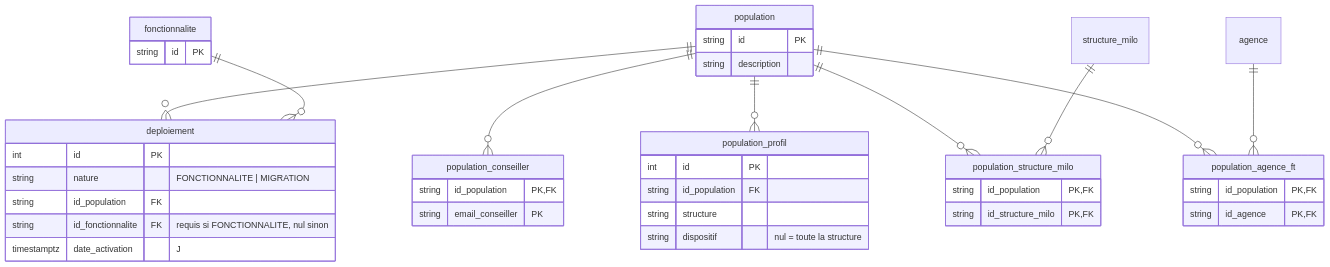
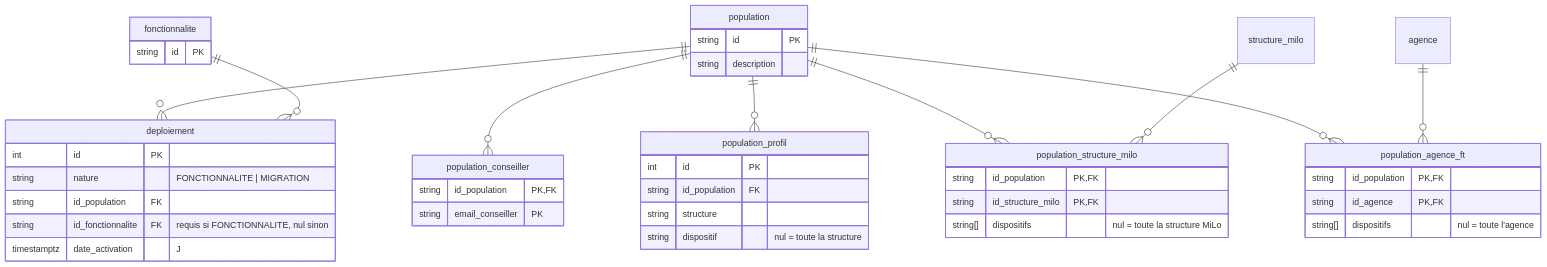
The diagram in docs/decisions/ADR-006-deploiements-fonctionnalites-migrations.md (France-Travail/pass-emploi-api), drawn with Mermaid before and after one commit. The commit also changed other lines of this file and 17 other files, not shown here.

````diff
--- a/docs/decisions/ADR-006-deploiements-fonctionnalites-migrations.md
+++ b/docs/decisions/ADR-006-deploiements-fonctionnalites-migrations.md
@@ -36,18 +36,18 @@
 ```mermaid
 erDiagram
     fonctionnalite { string id PK }
     population { string id PK  string description }
     population_conseiller { string id_population PK,FK  string email_conseiller PK }
     population_profil { int id PK  string id_population FK  string structure  string dispositif "nul = toute la structure" }
-    population_structure_milo { string id_population PK,FK  string id_structure_milo PK,FK }
-    population_agence_ft { string id_population PK,FK  string id_agence PK,FK }
+    population_structure_milo { string id_population PK,FK  string id_structure_milo PK,FK  string[] dispositifs "nul = toute la structure MiLo" }
+    population_agence_ft { string id_population PK,FK  string id_agence PK,FK  string[] dispositifs "nul = toute l'agence" }
     deploiement { int id PK  string nature "FONCTIONNALITE | MIGRATION"  string id_population FK  string id_fonctionnalite FK "requis si FONCTIONNALITE, nul sinon"  timestamptz date_activation "J" }
     population ||--o{ population_conseiller : ""
     population ||--o{ population_profil : ""
     population ||--o{ population_structure_milo : ""
     population ||--o{ population_agence_ft : ""
     structure_milo ||--o{ population_structure_milo : ""
     agence ||--o{ population_agence_ft : ""
     population ||--o{ deploiement : ""
     fonctionnalite ||--o{ deploiement : ""
 ```
````
